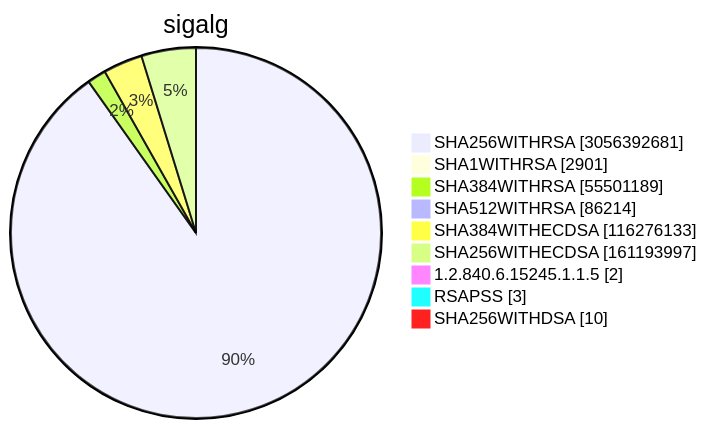
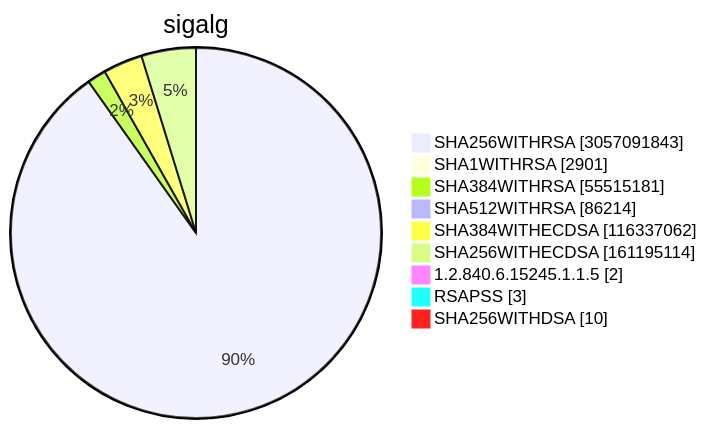
Diagram 15 of 15 in TOTAL/README.md (christiankrug/ctmonitor_visualization), drawn with Mermaid before and after one commit. The commit also changed other lines of this file, not shown here.

````diff
--- a/TOTAL/README.md
+++ b/TOTAL/README.md
@@ -6209,13 +6209,13 @@
 ```mermaid
 pie showData
 title sigalg
-"SHA256WITHRSA" :3056392681
+"SHA256WITHRSA" :3057091843
 "SHA1WITHRSA" :2901
-"SHA384WITHRSA" :55501189
+"SHA384WITHRSA" :55515181
 "SHA512WITHRSA" :86214
-"SHA384WITHECDSA" :116276133
-"SHA256WITHECDSA" :161193997
+"SHA384WITHECDSA" :116337062
+"SHA256WITHECDSA" :161195114
 "1.2.840.6.15245.1.1.5" :2
 "RSAPSS" :3
 "SHA256WITHDSA" :10
 ```
````
